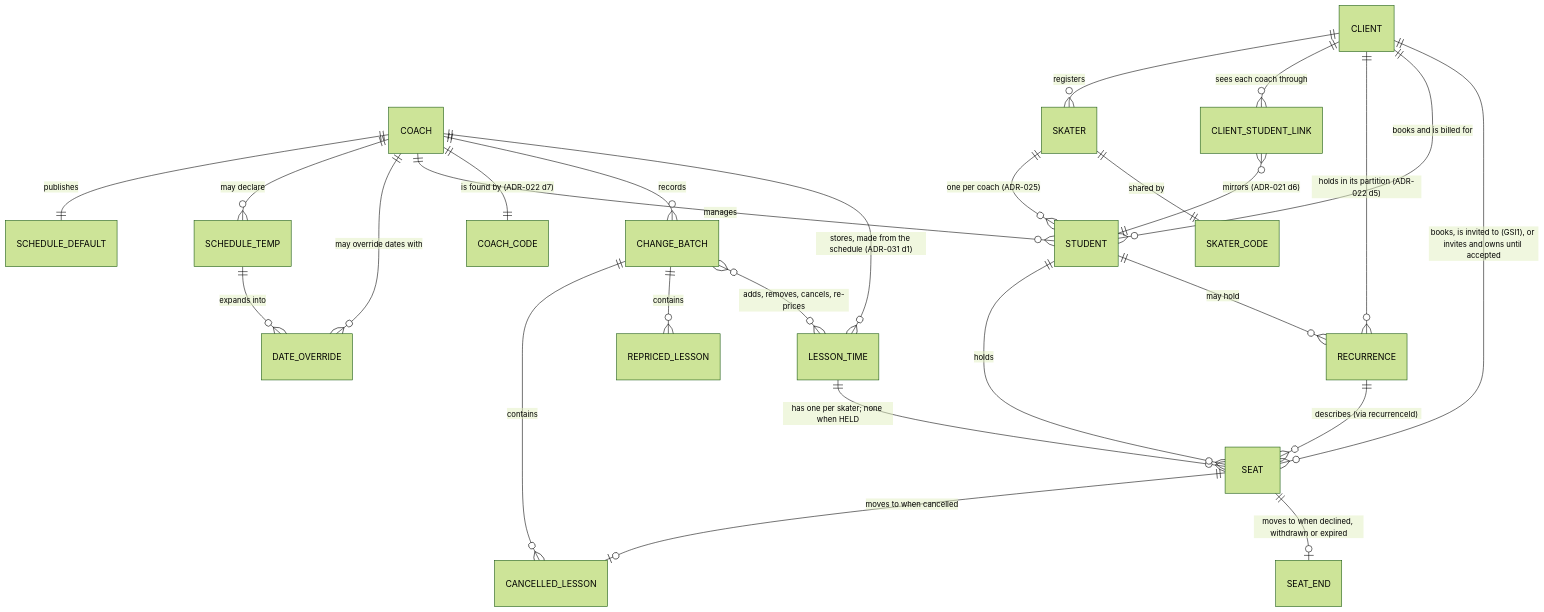
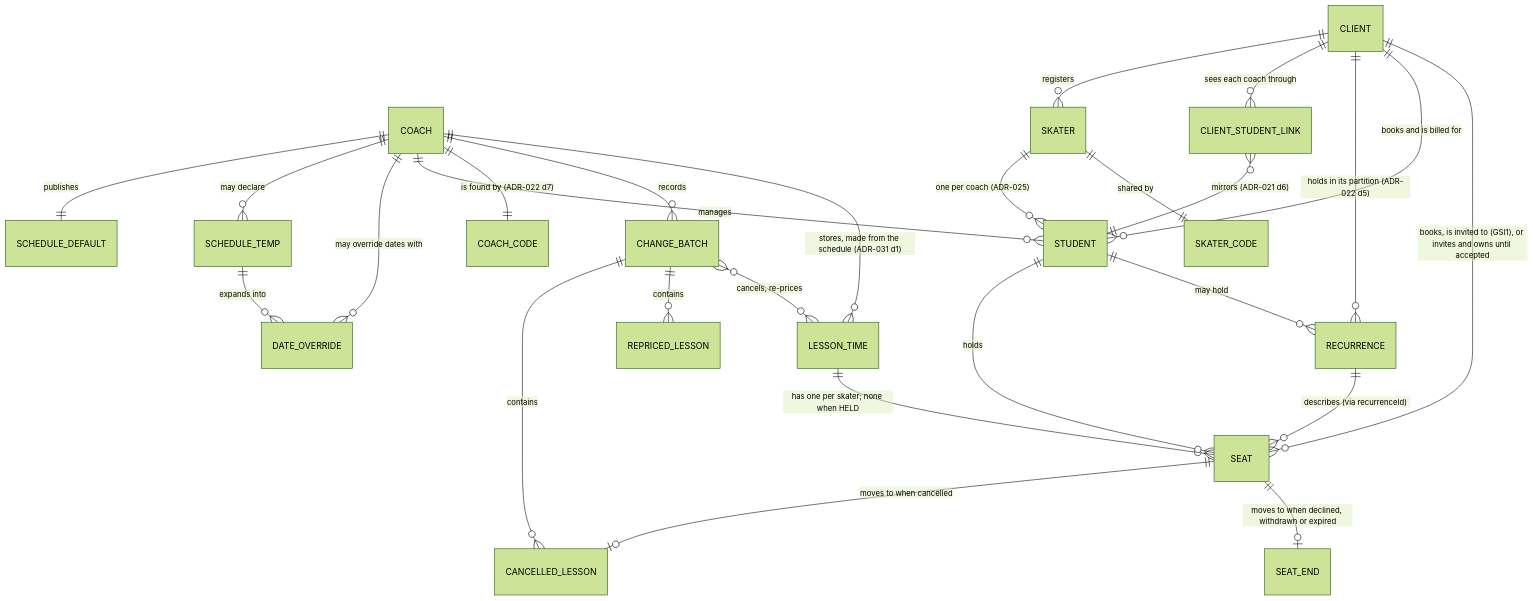
The third of 28 diagrams in docs/architecture.md (jessicamvega6/bladebook), drawn with Mermaid (forest theme) before and after one commit. The commit also changed other lines of this file and 30 other files, not shown here.

````diff
--- a/docs/architecture.md
+++ b/docs/architecture.md
@@ -226,28 +226,28 @@
 ```mermaid
 erDiagram
     COACH ||--|| SCHEDULE_DEFAULT : "publishes"
     COACH ||--o{ SCHEDULE_TEMP : "may declare"
     SCHEDULE_TEMP ||--o{ DATE_OVERRIDE : "expands into"
     COACH ||--o{ DATE_OVERRIDE : "may override dates with"
     COACH ||--o{ STUDENT : manages
     CLIENT ||--o{ SKATER : "registers"
     SKATER ||--o{ STUDENT : "one per coach (ADR-025)"
     SKATER ||--|| SKATER_CODE : "shared by"
     CLIENT ||--o{ CLIENT_STUDENT_LINK : "sees each coach through"
     CLIENT_STUDENT_LINK }o--|| STUDENT : "mirrors (ADR-021 d6)"
     COACH ||--|| COACH_CODE : "is found by (ADR-022 d7)"
     CLIENT ||--o{ RECURRENCE : "holds in its partition (ADR-022 d5)"
     COACH ||--o{ CHANGE_BATCH : "records"
     CLIENT ||--o{ STUDENT : "books and is billed for"
     COACH ||--o{ LESSON_TIME : "stores, made from the schedule (ADR-031 d1)"
     LESSON_TIME ||--o{ SEAT : "has one per skater; none when HELD"
     STUDENT ||--o{ SEAT : "holds"
     CLIENT ||--o{ SEAT : "books, is invited to (GSI1), or invites and owns until accepted"
     STUDENT ||--o{ RECURRENCE : "may hold"
     RECURRENCE ||--o{ SEAT : "describes (via recurrenceId)"
     SEAT ||--o| CANCELLED_LESSON : "moves to when cancelled"
     SEAT ||--o| SEAT_END : "moves to when declined, withdrawn or expired"
     CHANGE_BATCH ||--o{ CANCELLED_LESSON : contains
     CHANGE_BATCH ||--o{ REPRICED_LESSON : contains
-    CHANGE_BATCH }o--o{ LESSON_TIME : "adds, removes, cancels, re-prices"
+    CHANGE_BATCH }o--o{ LESSON_TIME : "cancels, re-prices"
 ```
````
